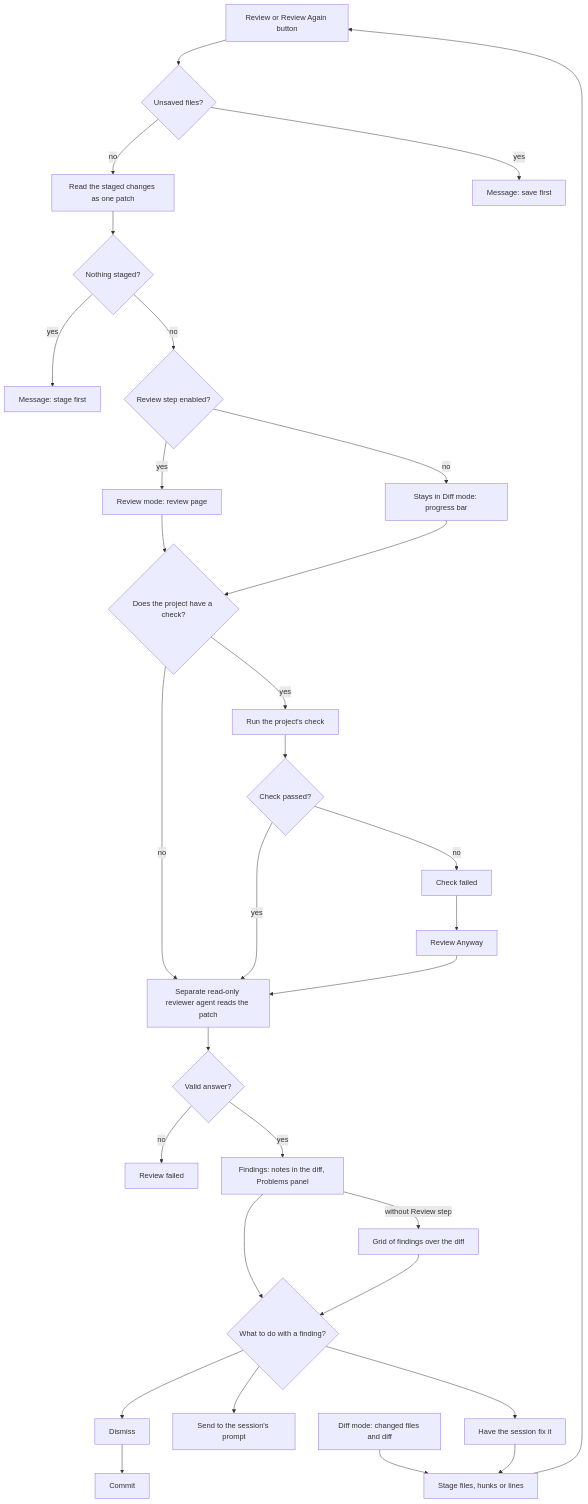
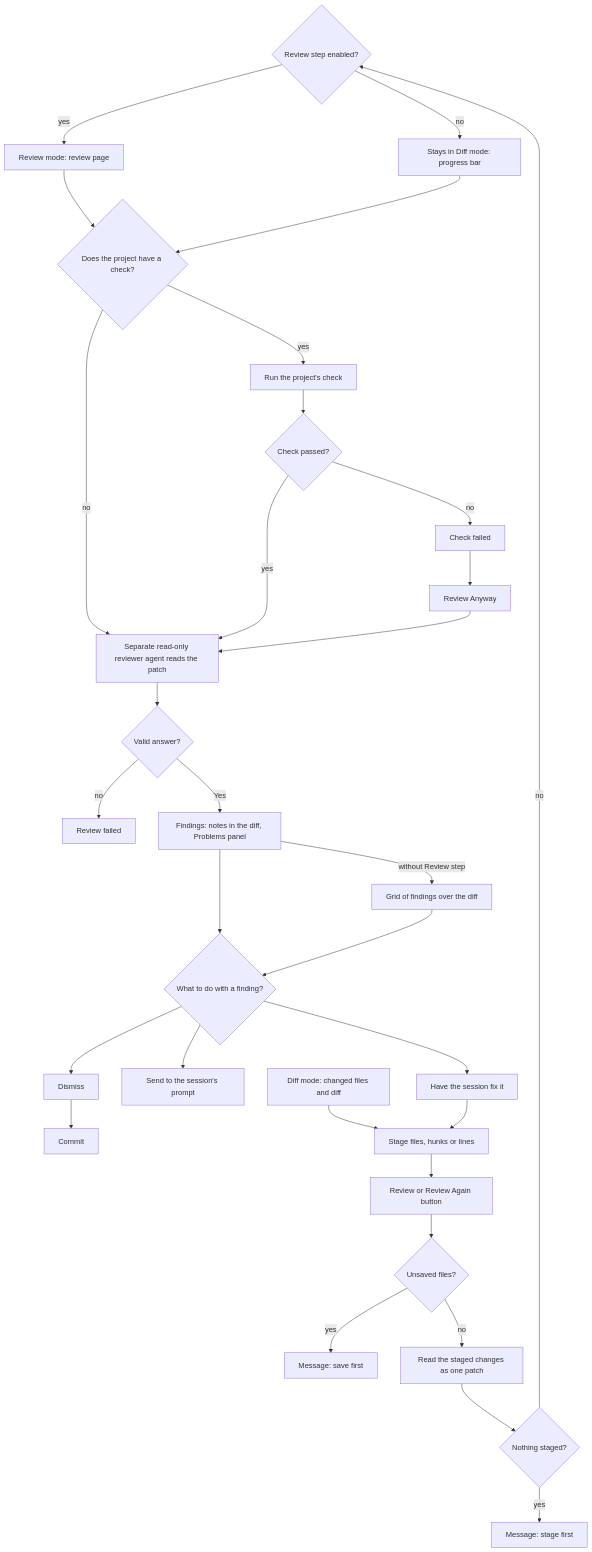
Before and after one commit to EricPonthiaux/Kodamiko: the diagram in docs/diff-review.mmd, drawn with Mermaid. The commit also changed 3 other files, not shown here.

First line of the commit message:
Draw the diagram menus' shape icons at 32 px and add a Git flow diagram

```diff
--- a/docs/diff-review.mmd
+++ b/docs/diff-review.mmd
@@ -1,115 +1,115 @@
 flowchart TB
-  ask["Review or Review Again button"]
   nothing["Message: stage first"]
   step{"Review step enabled?"}
   modeReview["Review mode: review page"]
   modeDiff["Stays in Diff mode: progress bar"]
   hasCheck{"Does the project have a check?"}
   check["Run the project's check"]
   passed{"Check passed?"}
   failed["Check failed"]
   anyway["Review Anyway"]
   reviewer["Separate read-only reviewer agent reads the patch"]
-  answer{"Valid answer?"}
   error["Review failed"]
-  findings["Findings: notes in the diff, Problems panel"]
-  grid["Grid of findings over the diff"]
-  act{"What to do with a finding?"}
   dismiss["Dismiss"]
   send["Send to the session's prompt"]
+  commit["Commit"]
+  empty{"Nothing staged?"}
+  diff["Diff mode: changed files and diff"]
+  ask["Review or Review Again button"]
+  stage["Stage files, hunks or lines"]
+  save["Message: save first"]
+  read["Read the staged changes as one patch"]
+  unsaved{"Unsaved files?"}
   fix["Have the session fix it"]
-  commit["Commit"]
-  read["Read the staged changes as one patch"]
-  save["Message: save first"]
-  empty{"Nothing staged?"}
-  unsaved{"Unsaved files?"}
-  stage["Stage files, hunks or lines"]
-  diff["Diff mode: changed files and diff"]
+  act{"What to do with a finding?"}
+  grid["Grid of findings over the diff"]
+  findings["Findings: notes in the diff, Problems panel"]
+  answer{"Valid answer?"}
   diff --> stage
   stage --> ask
   ask --> unsaved
   unsaved -->|yes| save
   unsaved -->|no| read
   read --> empty
   empty -->|yes| nothing
   empty -->|no| step
   step -->|yes| modeReview
   modeReview --> hasCheck
   step -->|no| modeDiff
   modeDiff --> hasCheck
   hasCheck -->|no| reviewer
   hasCheck -->|yes| check
   check --> passed
   passed -->|yes| reviewer
   passed -->|no| failed
   failed --> anyway
   anyway --> reviewer
   reviewer --> answer
   answer -->|no| error
-  answer -->|yes| findings
+  answer -->|Yes| findings
   findings -->|without Review step| grid
   findings --> act
   grid --> act
   act --> dismiss
   act --> send
   act --> fix
   fix --> stage
   dismiss --> commit
 
 %% Layout kept by Duet (positions, sizes, colors, curves)
-%% duet {"key":"ask","x":338,"y":237.9}
 %% duet {"key":"nothing","x":30.5,"y":909.9}
 %% duet {"key":"step","x":232,"y":879.9}
 %% duet {"key":"modeReview","x":67.5,"y":1077.9}
 %% duet {"key":"modeDiff","x":311.5,"y":1077.9}
 %% duet {"key":"hasCheck","x":94.5,"y":1196.9}
 %% duet {"key":"check","x":59,"y":1410.9}
 %% duet {"key":"passed","x":0,"y":1529.9}
 %% duet {"key":"failed","x":40,"y":1727.9}
 %% duet {"key":"anyway","x":30.5,"y":1865.9}
 %% duet {"key":"reviewer","x":101,"y":1984.9}
-%% duet {"key":"answer","x":106,"y":2111.9}
 %% duet {"key":"error","x":115,"y":2313.9}
-%% duet {"key":"findings","x":278.5,"y":2309.9}
-%% duet {"key":"grid","x":169,"y":2455.8}
-%% duet {"key":"act","x":180,"y":2574.8}
 %% duet {"key":"dismiss","x":111,"y":2753.8}
 %% duet {"key":"send","x":274.5,"y":2753.8}
-%% duet {"key":"fix","x":544,"y":2753.8}
 %% duet {"key":"commit","x":111,"y":2872.8}
-%% duet {"key":"read","x":308,"y":554.9}
-%% duet {"key":"save","x":113,"y":558.9}
 %% duet {"key":"empty","x":264.5,"y":681.9}
-%% duet {"fill":"#ad1457","key":"unsaved","x":303,"y":356.9}
+%% duet {"fill":"#1565c0","key":"diff","x":392,"y":-2.7}
+%% duet {"key":"ask","x":338,"y":237.9}
 %% duet {"fill":"#d84315","key":"stage","x":606.8,"y":116.3}
-%% duet {"fill":"#1565c0","key":"diff","x":392,"y":-2.7}
+%% duet {"key":"save","x":88,"y":518.2}
+%% duet {"key":"read","x":368.5,"y":545.3}
+%% duet {"fill":"#ad1457","key":"unsaved","x":280.1,"y":346.7}
+%% duet {"key":"fix","x":572.6,"y":2726}
+%% duet {"fill":"#4527a0","key":"act","x":180,"y":2574.8}
+%% duet {"fill":"#d1c4e9","key":"grid","x":169,"y":2455.8}
+%% duet {"fill":"#bbdefb","key":"findings","x":278.5,"y":2309.9}
+%% duet {"key":"answer","x":30,"y":2128.1}
 %% duet {"c":[560.3,57.6,585.9,73.6,617.5,93.2,644.4,110],"e":[654.1,116],"link":"diff>stage","n":0}
 %% duet {"c":[640.4,176.7,605.5,193.7,561.9,214.9,525.5,232.6],"e":[515.5,237.5],"link":"stage>ask","n":0}
-%% duet {"c":[447.3,298.1,444.5,313.1,441,332,437.5,350.3],"e":[435.4,361.5],"link":"ask>unsaved","n":0}
-%% duet {"c":[375.5,453,335.7,482,279.8,522.7,239.6,552],"e":[230.5,558.6],"link":"unsaved>save","lp":[314.9,515.9],"n":0}
-%% duet {"c":[425,477.1,425,498.8,425,522.9,425,543.2],"e":[425,554.6],"link":"unsaved>read","lp":[438,515.9],"n":0}
-%% duet {"c":[419.6,623.2,417.3,638.4,414.4,656.6,411.6,674.3],"e":[409.9,685.5],"link":"read>empty","n":0}
+%% duet {"c":[441.8,298.4,436.8,312.1,430.7,328.9,424.7,345.1],"e":[420.9,355.6],"link":"ask>unsaved","n":0}
+%% duet {"c":[346.6,439.7,310.2,461.4,262.5,489.7,225,512],"e":[215.2,517.8],"link":"unsaved>save","n":0}
+%% duet {"c":[425.6,455.3,437.7,480.3,452.3,510.6,464.1,535],"e":[468.9,545.1],"link":"unsaved>read","n":0}
+%% duet {"c":[467.5,613.8,457.2,633.8,443.8,659.5,431.8,682.6],"e":[426.6,692.7],"link":"read>empty","n":0}
 %% duet {"c":[347,778.7,294.8,814.2,216.3,867.6,164.1,903.1],"e":[154.7,909.5],"link":"empty>nothing","lp":[279.2,840.9],"n":0}
 %% duet {"c":[401,802.4,401,823.1,401,846.5,401,868.1],"e":[401,879.5],"link":"empty>step","lp":[414,840.9],"n":0}
 %% duet {"c":[344.9,980.4,306.7,1007.9,256.4,1044.2,219.3,1070.9],"e":[210.1,1077.5],"link":"step>modeReview","lp":[285.5,1039],"n":0}
 %% duet {"c":[188.8,1138.2,201.2,1156.1,217.3,1179.5,232.3,1201.3],"e":[238.6,1210.6],"link":"modeReview>hasCheck","n":0}
 %% duet {"c":[410.1,996.8,413.8,1019.6,418,1045.4,421.3,1066.4],"e":[423.1,1077.5],"link":"step>modeDiff","lp":[431.5,1039],"n":0}
 %% duet {"c":[398.7,1138.2,379.9,1157.6,355,1183.3,332.5,1206.6],"e":[324.7,1214.7],"link":"modeDiff>hasCheck","n":0}
 %% duet {"c":[271.6,1331.5,261.6,1482.1,237.5,1845.7,229,1973.5],"e":[228.3,1984.8],"link":"hasCheck>reviewer","lp":[326,1688.9],"n":0}
 %% duet {"c":[237.2,1318.7,218,1345.3,195.3,1376.8,177.7,1401.2],"e":[171,1410.5],"link":"hasCheck>check","lp":[219.9,1371.9],"n":0}
 %% duet {"c":[143.9,1471.1,141.4,1486.1,138.3,1504.8,135.2,1523],"e":[133.4,1534.2],"link":"check>passed","n":0}
 %% duet {"c":[140.5,1642.3,148.1,1667,156.8,1697,163.7,1724.2,185.9,1811.9,206.6,1915.6,217.6,1973.7],"e":[219.7,1984.7],"link":"passed>reviewer","lp":[220.6,1826.9],"n":0}
 %% duet {"c":[116,1646.3,112.7,1669.3,108.9,1695.4,105.9,1716.6],"e":[104.3,1727.8],"link":"passed>failed","lp":[123.6,1688.9],"n":0}
 %% duet {"c":[99.1,1788.2,98.6,1807.6,97.8,1833.1,97.2,1854.4],"e":[96.9,1865.7],"link":"failed>anyway","n":0}
-%% duet {"c":[128.1,1926.3,144.3,1941.6,164.2,1960.4,181.7,1977],"e":[189.6,1984.5],"link":"anyway>reviewer","n":0}
-%% duet {"c":[226,2053.3,226,2067.2,226,2083.9,226,2100.3],"e":[226,2111.5],"link":"reviewer>answer","n":0}
-%% duet {"c":[210.4,2224.5,203,2249.5,194.2,2279,187.3,2302.5],"e":[184,2313.4],"link":"answer>error","lp":[212,2270.9],"n":0}
-%% duet {"c":[267.8,2211.4,296.3,2238.4,334.1,2274.1,363.3,2301.7],"e":[371.7,2309.6],"link":"answer>findings","lp":[353.6,2270.9],"n":0}
-%% duet {"c":[375.8,2378.3,356.3,2399.1,331.3,2425.8,311.1,2447.3],"e":[303.3,2455.6],"link":"findings>grid","lp":[352.5,2416.9],"n":0}
+%% duet {"c":[128.1,1926.3,144.3,1941.6,164.2,1960.4,181.8,1977],"e":[189.6,1984.5],"link":"anyway>reviewer","n":0}
+%% duet {"c":[210.6,2053.2,200.9,2074.8,188.1,2103.3,176.8,2128.6],"e":[172.1,2138.8],"link":"reviewer>answer","n":0}
+%% duet {"c":[159,2243.9,162.1,2263.3,165.5,2284.6,168.4,2302.5],"e":[170.2,2313.8],"link":"answer>error","n":0}
+%% duet {"c":[204.7,2221.1,244.7,2245.3,299,2278.1,341.5,2303.7],"e":[351.1,2309.6],"link":"answer>findings","n":0}
+%% duet {"c":[375.8,2378.3,356.3,2399.1,331.3,2425.8,311.1,2447.3],"e":[303.3,2455.6],"link":"findings>grid","n":0}
 %% duet {"c":[404.1,2378.1,398.9,2423.9,389.6,2506.2,382.9,2565.3],"e":[381.6,2576.4],"link":"findings>act","n":0}
 %% duet {"c":[295.2,2516,306.7,2533,321.4,2554.9,335,2575.2],"e":[341.4,2584.8],"link":"grid>act","n":0}
 %% duet {"c":[316.8,2677.3,286.8,2699.2,250.7,2725.6,221.8,2746.7],"e":[212.7,2753.3],"link":"act>dismiss","n":0}
 %% duet {"c":[377.8,2694.1,378.5,2710.1,379.3,2727.1,380,2742],"e":[380.6,2753.3],"link":"act>send","n":0}
-%% duet {"c":[442.4,2674.4,481.3,2697.1,529.7,2725.6,567.6,2747.8],"e":[577.4,2753.6],"link":"act>fix","n":0}
-%% duet {"c":[629.9,2753.7,637.4,2485.1,692.9,500.5,701.6,187.8],"e":[702,176.5],"link":"fix>stage","n":0}
+%% duet {"c":[457.1,2670,494.7,2686.1,539,2705.1,576.4,2721.2],"e":[586.8,2725.6],"link":"act>fix","n":0}
+%% duet {"c":[658.2,2725.8,662.8,2458.4,696.7,498.5,702.1,187.8],"e":[702.3,176.6],"link":"fix>stage","n":0}
 %% duet {"c":[171,2814.2,171,2828.4,171,2845.7,171,2861.1],"e":[171,2872.5],"link":"dismiss>commit","n":0}
```
